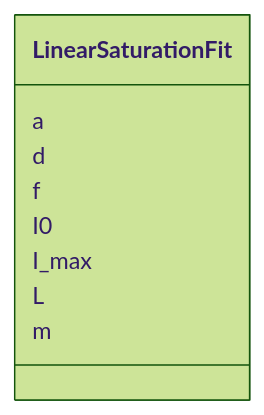
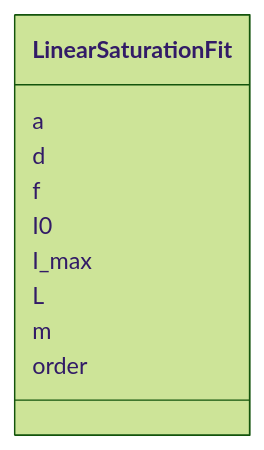
The diagram in docs/source/schema/LinearSaturationFit.md (astec-stfc/laura), drawn with Mermaid (forest theme) before and after one commit. The commit also changed other lines of this file and 71 other files, not shown here.

````diff
--- a/docs/source/schema/LinearSaturationFit.md
+++ b/docs/source/schema/LinearSaturationFit.md
@@ -18,20 +18,22 @@
 ```mermaid
  classDiagram
     class LinearSaturationFit
     click LinearSaturationFit href "../LinearSaturationFit/"
       LinearSaturationFit : a
         
       LinearSaturationFit : d
         
       LinearSaturationFit : f
         
       LinearSaturationFit : I0
         
       LinearSaturationFit : I_max
         
       LinearSaturationFit : L
         
       LinearSaturationFit : m
         
+      LinearSaturationFit : order
+        
       
 ```
````
